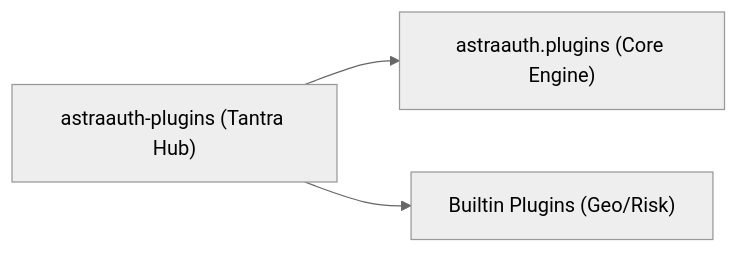
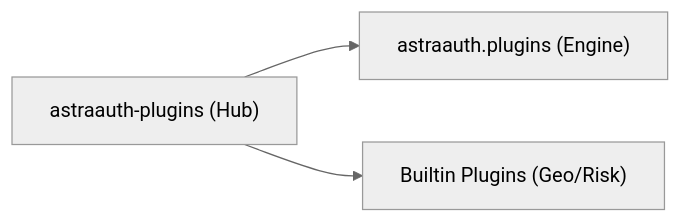
Before and after one commit to groverankur/Astra: diagram 13 of 17 in docs/about/package_detailed_references.md, drawn with Mermaid (neutral theme). The commit also changed other lines of this file and 59 other files, not shown here.

````diff
--- a/docs/about/package_detailed_references.md
+++ b/docs/about/package_detailed_references.md
@@ -318,9 +318,9 @@
 ```mermaid
 graph LR
-    Hub["astraauth-plugins (Tantra Hub)"]
-    CorePlugins["astraauth.plugins (Core Engine)"]
+    Hub["astraauth-plugins (Hub)"]
+    CorePlugins["astraauth.plugins (Engine)"]
     Builtins["Builtin Plugins (Geo/Risk)"]
 
     Hub --> CorePlugins
     Hub --> Builtins
 ```
````
